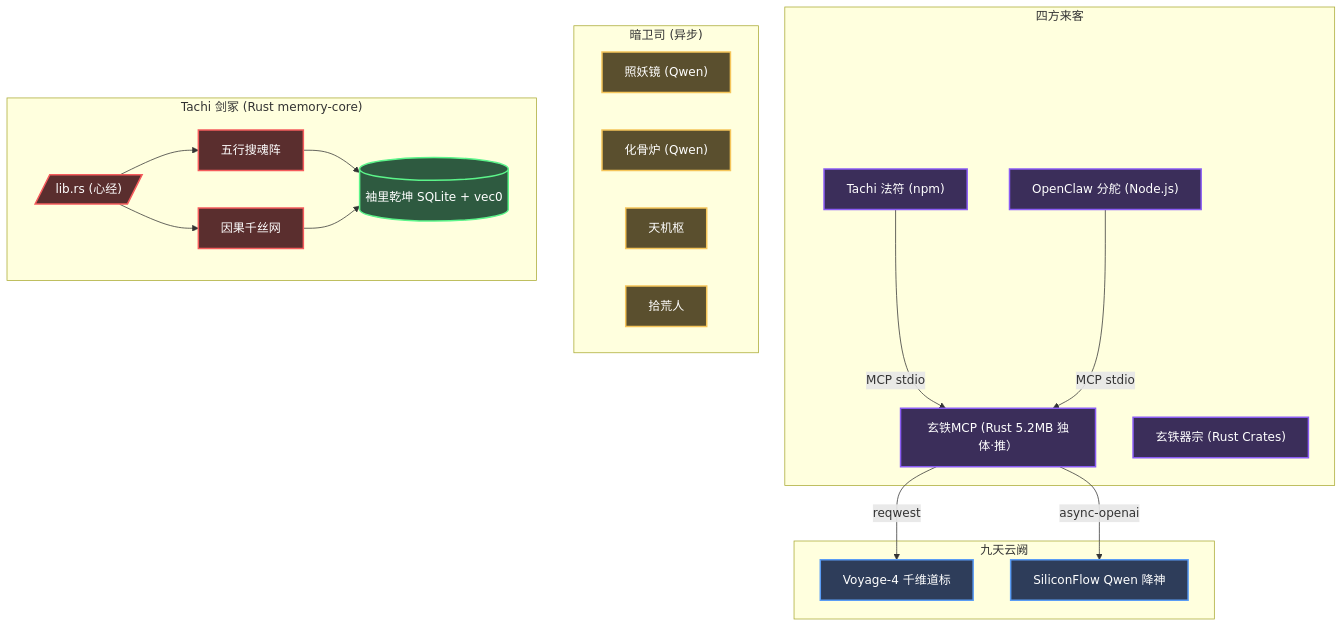
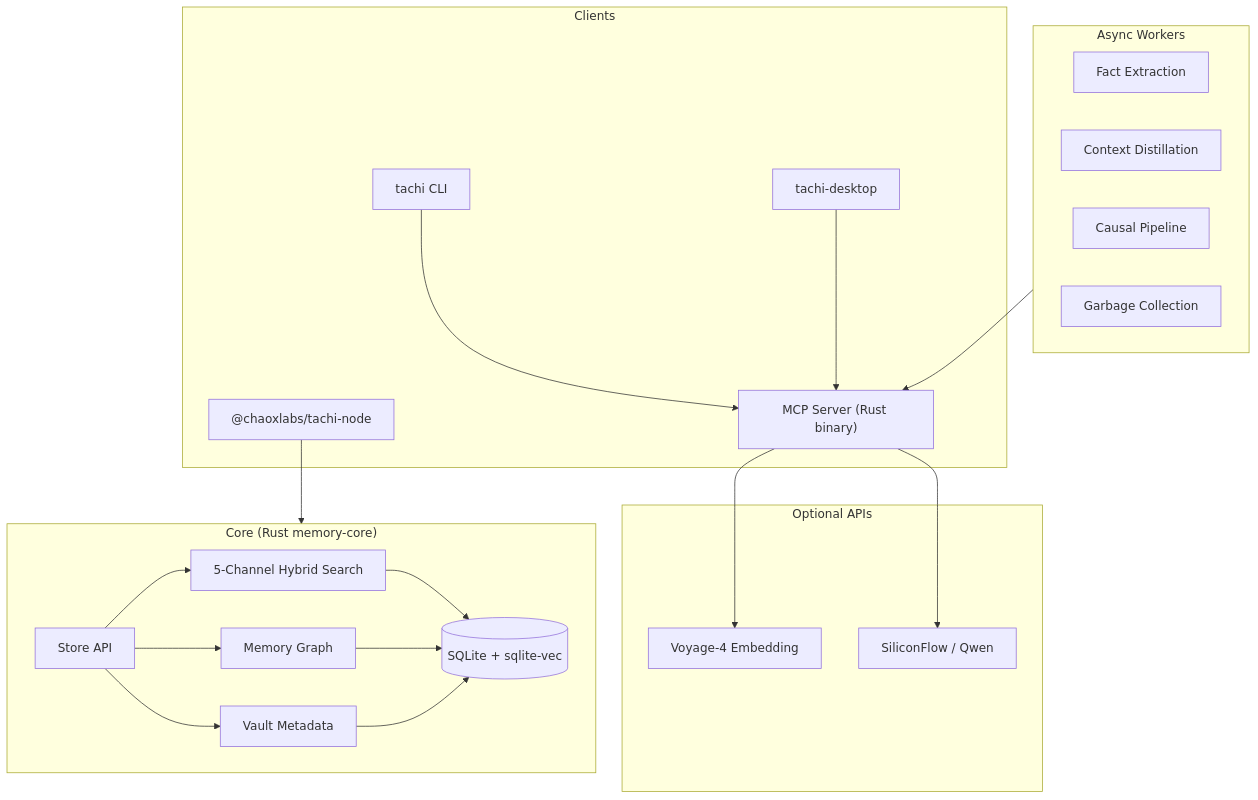
The diagram in README.md (kckylechen1/Tachi), drawn with Mermaid before and after one commit. The commit also changed other lines of this file and 9 other files, not shown here.

````diff
--- a/README.md
+++ b/README.md
@@ -324,48 +158,43 @@
 ```mermaid
 graph TD
-    subgraph Clients["四方来客"]
-        CLI["Tachi 法符 (npm)"]
-        RMCP["玄铁MCP (Rust 5.2MB 独体·推）"]
-        OC["OpenClaw 分舵 (Node.js)"]
-        NATIVE["玄铁器宗 (Rust Crates)"]
+    subgraph Clients["Clients"]
+        CLI["tachi CLI"]
+        RMCP["MCP Server (Rust binary)"]
+        Desktop["tachi-desktop"]
+        Node["@chaoxlabs/tachi-node"]
     end
 
-    subgraph Cloud["九天云阙"]
-        VOYAGE["Voyage-4 千维道标"]
-        SILICON["SiliconFlow Qwen 降神"]
+    subgraph Cloud["Optional APIs"]
+        VOYAGE["Voyage-4 Embedding"]
+        SILICON["SiliconFlow / Qwen"]
     end
 
-    subgraph Operations["暗卫司 (异步)"]
-        EXTRACT["照妖镜 (Qwen)"]
-        DISTILL["化骨炉 (Qwen)"]
-        CAUSAL["天机枢"]
-        CONSOLIDATE["拾荒人"]
+    subgraph Workers["Async Workers"]
+        EXTRACT["Fact Extraction"]
+        DISTILL["Context Distillation"]
+        CAUSAL["Causal Pipeline"]
+        GC["Garbage Collection"]
     end
 
-    subgraph Core["Tachi 剑冢 (Rust memory-core)"]
-        LIB[/"lib.rs (心经)"/]
-
-        LIB --> SEARCH["五行搜魂阵"]
-        LIB --> GRAPH["因果千丝网"]
-
-        SEARCH --> SQLITE[("袖里乾坤 SQLite + vec0")]
-        GRAPH --> SQLITE
+    subgraph Core["Core (Rust memory-core)"]
+        API["Store API"]
+        SEARCH["5-Channel Hybrid Search"]
+        GRAPH["Memory Graph"]
+        VAULT["Vault Metadata"]
+        API --> SEARCH
+        API --> GRAPH
+        API --> VAULT
+        SEARCH --> DB
+        GRAPH --> DB
+        VAULT --> DB
     end
 
-    RMCP -->|"reqwest"| VOYAGE
-    RMCP -->|"async-openai"| SILICON
-    CLI -->|"MCP stdio"| RMCP
-    OC -->|"MCP stdio"| RMCP
+    DB[(SQLite + sqlite-vec)]
 
-    classDef client fill:#3b2e5a,stroke:#8a5cf5,stroke-width:2px,color:#fff;
-    classDef cloud fill:#2e3d5a,stroke:#5a9cf5,stroke-width:2px,color:#fff;
-    classDef worker fill:#5a4f2e,stroke:#f5c55a,stroke-width:2px,color:#fff;
-    classDef rust fill:#5a2e2e,stroke:#f55c5c,stroke-width:2px,color:#fff;
-    classDef db fill:#2e5a40,stroke:#5cf58a,stroke-width:2px,color:#fff;
-
-    class CLI,RMCP,OC,NATIVE client;
-    class VOYAGE,SILICON cloud;
-    class EXTRACT,DISTILL,CAUSAL,CONSOLIDATE worker;
-    class LIB,SEARCH,GRAPH rust;
-    class SQLITE db;
+    RMCP --> VOYAGE
+    RMCP --> SILICON
+    CLI --> RMCP
+    Desktop --> RMCP
+    Node --> Core
+    Workers --> RMCP
 ```
````
